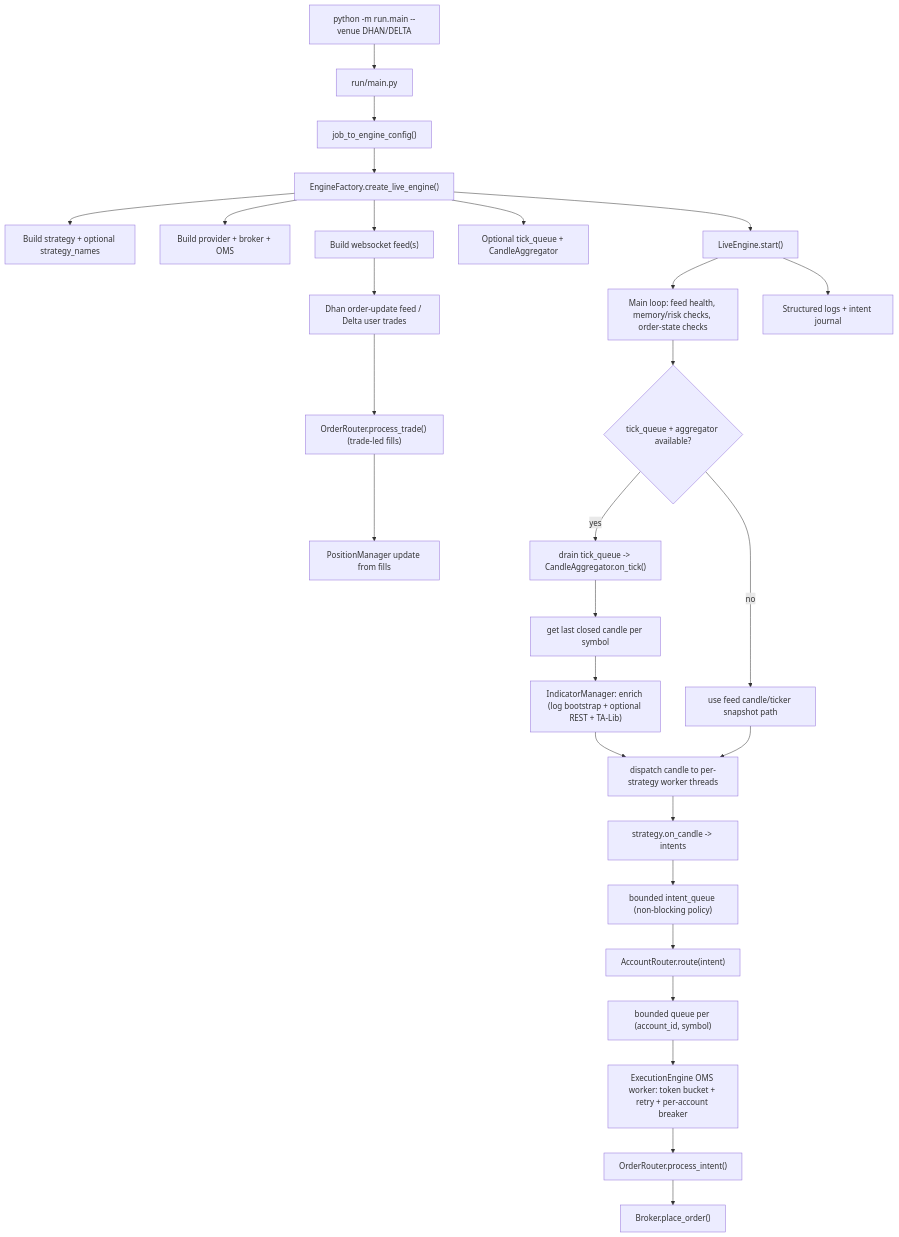
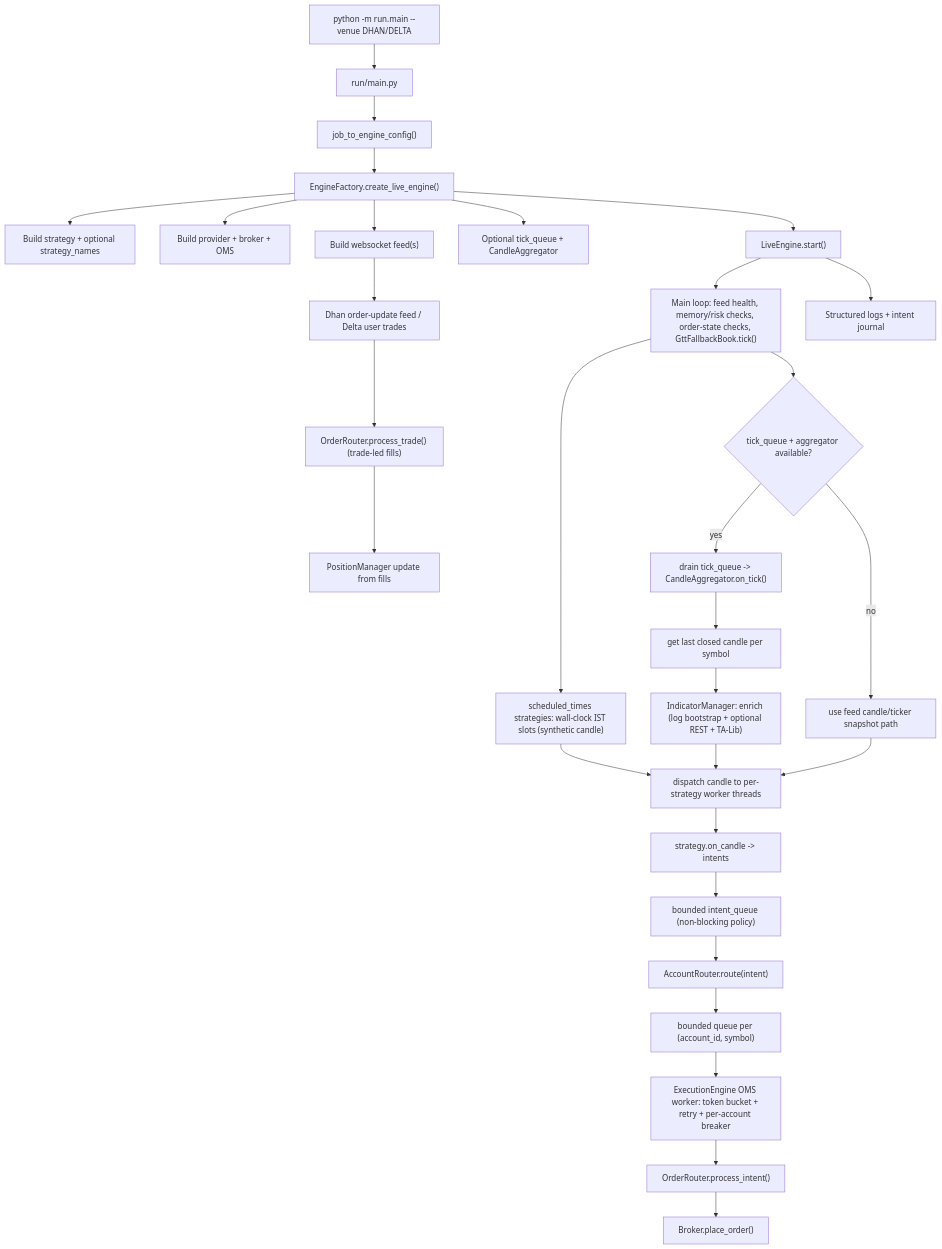
The diagram in docs/runtime_flow.md (Eshwar066/Dhan-codebase), drawn with Mermaid before and after one commit. The commit also changed other lines of this file and 16 other files, not shown here.

````diff
--- a/docs/runtime_flow.md
+++ b/docs/runtime_flow.md
@@ -5,35 +5,37 @@
 ```mermaid
 flowchart TD
     A["python -m run.main --venue DHAN/DELTA"] --> B["run/main.py"]
     B --> C["job_to_engine_config()"]
     C --> D["EngineFactory.create_live_engine()"]
 
     D --> E["Build strategy + optional strategy_names"]
     D --> F["Build provider + broker + OMS"]
     D --> G["Build websocket feed(s)"]
     D --> H["Optional tick_queue + CandleAggregator"]
     D --> I["LiveEngine.start()"]
 
-    I --> J["Main loop: feed health, memory/risk checks, order-state checks"]
+    I --> J["Main loop: feed health, memory/risk checks, order-state checks, GttFallbackBook.tick()"]
+    J --> SCH["scheduled_times strategies: wall-clock IST slots (synthetic candle)"]
+    SCH --> O
     J --> K{"tick_queue + aggregator available?"}
     K -- yes --> L["drain tick_queue -> CandleAggregator.on_tick()"]
     L --> M["get last closed candle per symbol"]
     K -- no --> N["use feed candle/ticker snapshot path"]
 
     M --> IM["IndicatorManager: enrich (log bootstrap + optional REST + TA-Lib)"]
     IM --> O["dispatch candle to per-strategy worker threads"]
     N --> O
     O --> P["strategy.on_candle -> intents"]
     P --> Q["bounded intent_queue (non-blocking policy)"]
     Q --> R["AccountRouter.route(intent)"]
     R --> S["bounded queue per (account_id, symbol)"]
     S --> T["ExecutionEngine OMS worker: token bucket + retry + per-account breaker"]
     T --> U["OrderRouter.process_intent()"]
     U --> V["Broker.place_order()"]
 
     G --> W["Dhan order-update feed / Delta user trades"]
     W --> X["OrderRouter.process_trade() (trade-led fills)"]
     X --> Y["PositionManager update from fills"]
 
     I --> Z["Structured logs + intent journal"]
 ```
````
